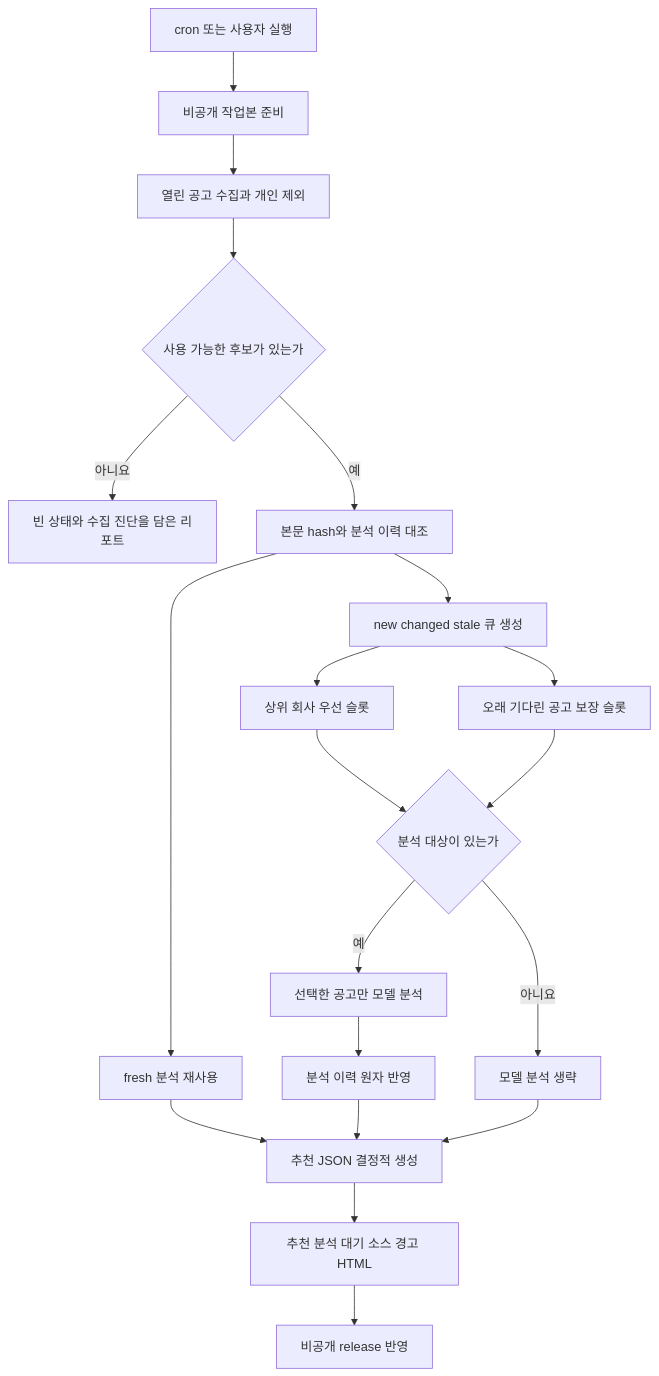
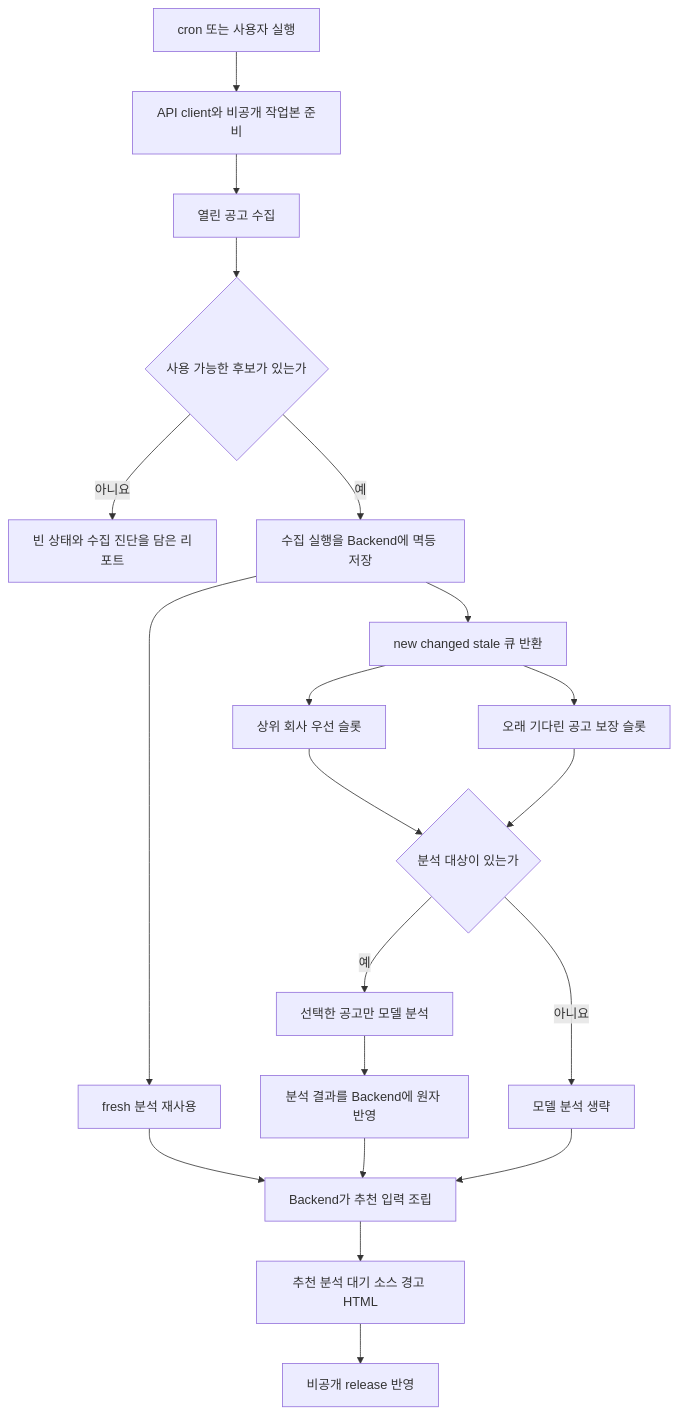
The first of 3 diagrams in career-os/docs/flow.md (jon890/fos-agents), drawn with Mermaid before and after one commit. The commit also changed other lines of this file and 16 other files, not shown here.

````diff
--- a/career-os/docs/flow.md
+++ b/career-os/docs/flow.md
@@ -83,22 +84,22 @@
 ```mermaid
 flowchart TD
-    A[cron 또는 사용자 실행] --> B[비공개 작업본 준비]
-    B --> C[열린 공고 수집과 개인 제외]
+    A[cron 또는 사용자 실행] --> B[API client와 비공개 작업본 준비]
+    B --> C[열린 공고 수집]
     C --> D{사용 가능한 후보가 있는가}
     D -- 아니요 --> E[빈 상태와 수집 진단을 담은 리포트]
-    D -- 예 --> F[본문 hash와 분석 이력 대조]
+    D -- 예 --> F[수집 실행을 Backend에 멱등 저장]
     F --> G[fresh 분석 재사용]
-    F --> H[new changed stale 큐 생성]
+    F --> H[new changed stale 큐 반환]
     H --> I[상위 회사 우선 슬롯]
     H --> J[오래 기다린 공고 보장 슬롯]
     I --> K{분석 대상이 있는가}
     J --> K
     K -- 예 --> L[선택한 공고만 모델 분석]
     K -- 아니요 --> M[모델 분석 생략]
-    L --> N[분석 이력 원자 반영]
-    G --> O[추천 JSON 결정적 생성]
+    L --> N[분석 결과를 Backend에 원자 반영]
+    G --> O[Backend가 추천 입력 조립]
     N --> O
     M --> O
     O --> P[추천 분석 대기 소스 경고 HTML]
     P --> Q[비공개 release 반영]
 ```
````
